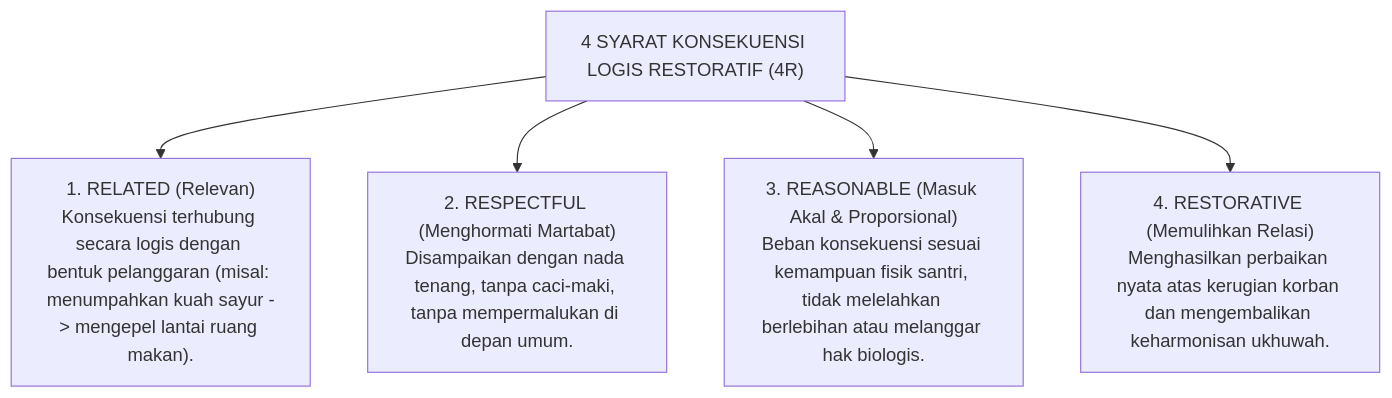
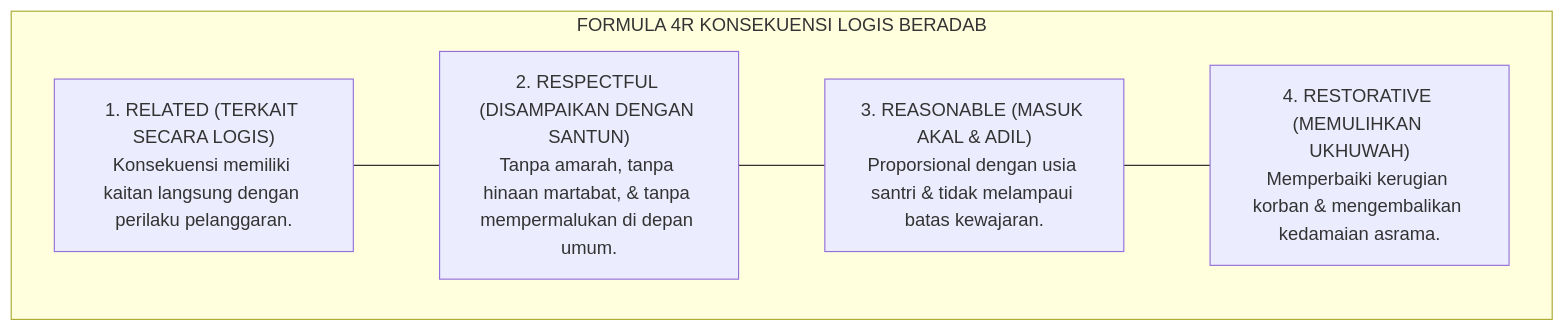
The fifth of 8 diagrams in 01 Philosophy/04 Education/P1-04-03-Paradigma-Disiplin-Restoratif-dan-PBIS.md (wandiapriliyandi/tumbuh), drawn with Mermaid before and after one commit. The commit also changed other lines of this file and 31 other files, not shown here.

````diff
--- a/01 Philosophy/04 Education/P1-04-03-Paradigma-Disiplin-Restoratif-dan-PBIS.md
+++ b/01 Philosophy/04 Education/P1-04-03-Paradigma-Disiplin-Restoratif-dan-PBIS.md
@@ -88,12 +204,14 @@
 ```mermaid
 graph TD
-    Kriteria4R["4 SYARAT KONSEKUENSI LOGIS RESTORATIF (4R)"]
-    
-    Kriteria4R --> R1["1. RELATED (Relevan)<br/>Konsekuensi terhubung secara logis dengan bentuk pelanggaran (misal: menumpahkan kuah sayur -> mengepel lantai ruang makan)."]
-    
-    Kriteria4R --> R2["2. RESPECTFUL (Menghormati Martabat)<br/>Disampaikan dengan nada tenang, tanpa caci-maki, tanpa mempermalukan di depan umum."]
-    
-    Kriteria4R --> R3["3. REASONABLE (Masuk Akal & Proporsional)<br/>Beban konsekuensi sesuai kemampuan fisik santri, tidak melelahkan berlebihan atau melanggar hak biologis."]
-    
-    Kriteria4R --> R4["4. RESTORATIVE (Memulihkan Relasi)<br/>Menghasilkan perbaikan nyata atas kerugian korban dan mengembalikan keharmonisan ukhuwah."]
+    subgraph SyaratKonsekuensi4R["FORMULA 4R KONSEKUENSI LOGIS BERADAB"]
+        R1["1. RELATED (TERKAIT SECARA LOGIS)<br/>Konsekuensi memiliki kaitan langsung dengan perilaku pelanggaran."]
+        
+        R2["2. RESPECTFUL (DISAMPAIKAN DENGAN SANTUN)<br/>Tanpa amarah, tanpa hinaan martabat, & tanpa mempermalukan di depan umum."]
+        
+        R3["3. REASONABLE (MASUK AKAL & ADIL)<br/>Proporsional dengan usia santri & tidak melampaui batas kewajaran."]
+        
+        R4["4. RESTORATIVE (MEMULIHKAN UKHUWAH)<br/>Memperbaiki kerugian korban & mengembalikan kedamaian asrama."]
+        
+        R1 --- R2 --- R3 --- R4
+    end
 ```
````
